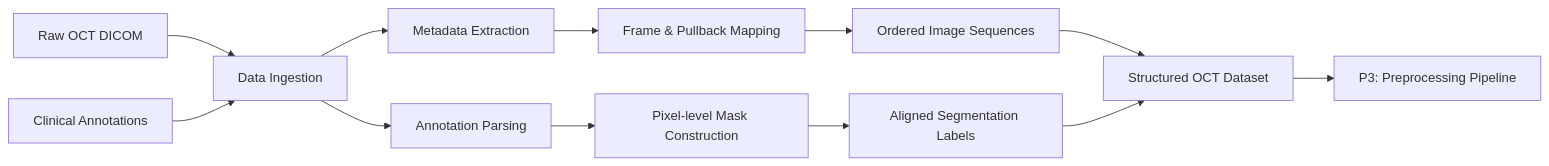
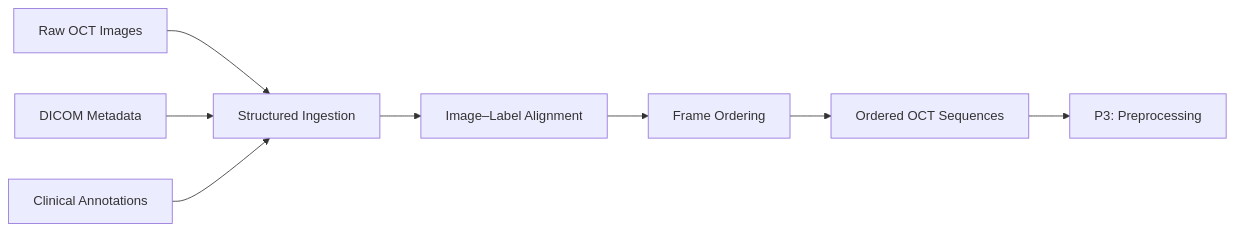
The diagram in docs/02_data.md (ChengYuChing/3D-DLimage-segmentation), drawn with Mermaid before and after one commit. The commit also changed other lines of this file, not shown here.

````diff
--- a/docs/02_data.md
+++ b/docs/02_data.md
@@ -78,19 +82,12 @@
 ```mermaid
 flowchart LR
-    A["Raw OCT DICOM"] --> C["Data Ingestion"]
-    B["Clinical Annotations"] --> C
+    A["Raw OCT Images"] --> D["Structured Ingestion"]
+    B["DICOM Metadata"] --> D
+    C["Clinical Annotations"] --> D
 
-    C --> D["Metadata Extraction"]
-    C --> E["Annotation Parsing"]
+    D --> E["Image–Label Alignment"]
+    E --> F["Frame Ordering"]
+    F --> G["Ordered OCT Sequences"]
 
-    D --> F["Frame & Pullback Mapping"]
-    E --> G["Pixel-level Mask Construction"]
-
-    F --> H["Ordered Image Sequences"]
-    G --> I["Aligned Segmentation Labels"]
-
-    H --> J["Structured OCT Dataset"]
-    I --> J
-
-    J --> K["P3: Preprocessing Pipeline"]
+    G --> H["P3: Preprocessing"]
 ```
````
